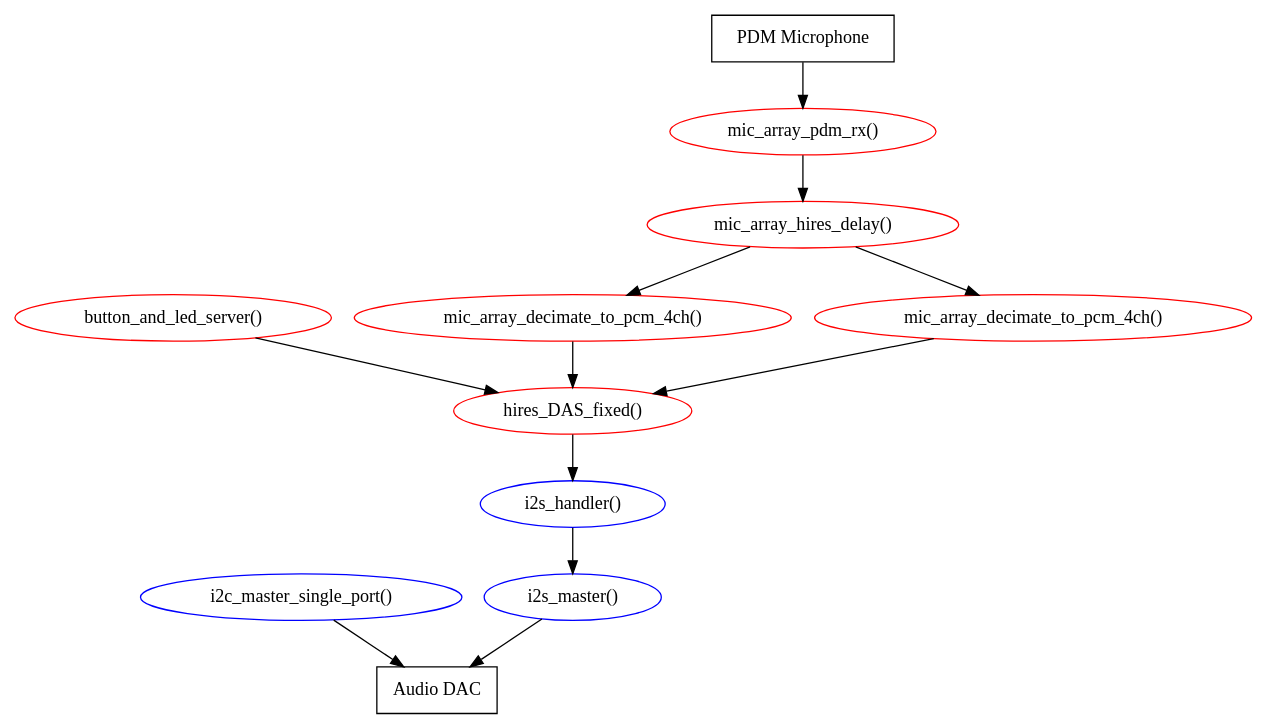
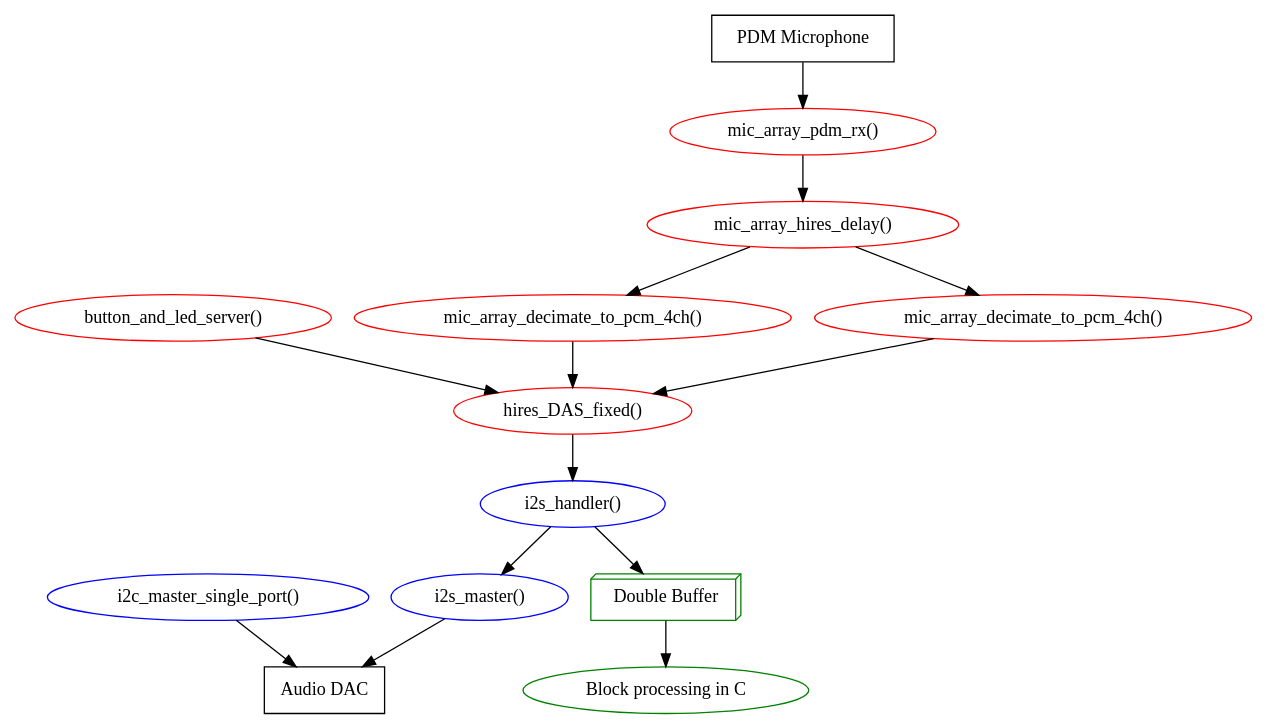
Before and after one commit to xmos/lib_mic_array: the diagram in examples/AN00236_app_add_block_processing/doc/rst/block_diagram.dot, drawn with Graphviz. The commit also changed 6 other files, not shown here.

Commit message:
Improved documentation including the block diagram.

```diff
--- a/examples/AN00236_app_add_block_processing/doc/rst/block_diagram.dot
+++ b/examples/AN00236_app_add_block_processing/doc/rst/block_diagram.dot
@@ -1,29 +1,35 @@
 digraph g {
 	
 	i2s_master [label="i2s_master()", color=blue];
 	i2c_master_single_port [label="i2c_master_single_port()", color=blue];
 	i2s_handler [label="i2s_handler()", color=blue]; 
 	button_and_led_server [label="button_and_led_server()", color=red];
 	mic_array_pdm_rx [label="mic_array_pdm_rx()", color=red]; 
 	mic_array_hires_delay [label="mic_array_hires_delay()", color=red]; 
 	mic_array_decimate_to_pcm_4ch1 [label="mic_array_decimate_to_pcm_4ch()", color=red]; 
 	mic_array_decimate_to_pcm_4ch0 [label="mic_array_decimate_to_pcm_4ch()", color=red]; 
 	hires_DAS_fixed [label="hires_DAS_fixed()", color=red]; 
   
 	pdm_mic  [label="PDM Microphone", shape=box]; 
 	dac  [label="Audio DAC", shape=box]; 
+	dbuf [label="Double Buffer", shape=box3d, color=green]; 
+	dsp  [label="Block processing in C", color=green]; 
 
 	pdm_mic -> mic_array_pdm_rx;
 	
 	mic_array_pdm_rx -> mic_array_hires_delay;
 	mic_array_hires_delay -> mic_array_decimate_to_pcm_4ch0;
 	mic_array_hires_delay -> mic_array_decimate_to_pcm_4ch1;
 
 	button_and_led_server -> hires_DAS_fixed;
 	mic_array_decimate_to_pcm_4ch0 -> hires_DAS_fixed;
 	mic_array_decimate_to_pcm_4ch1 -> hires_DAS_fixed;
 	hires_DAS_fixed -> i2s_handler;
 	i2s_handler -> i2s_master;
 	i2s_master -> dac;
 	i2c_master_single_port -> dac;
+
+
+	i2s_handler -> dbuf;
+	dbuf -> dsp;
 }
```
